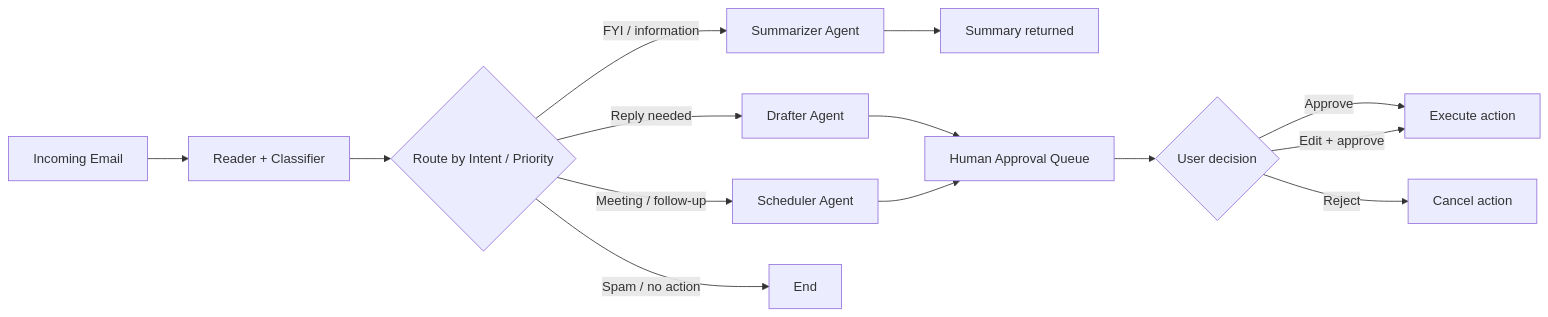
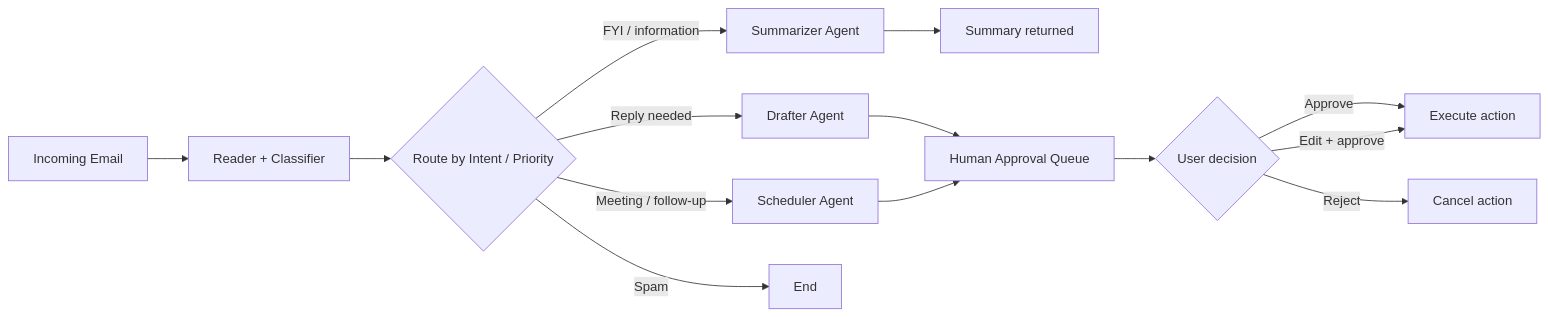
The second of 5 diagrams in docs/architecture.md (ArgirisBaras/betsson_assessment), drawn with Mermaid before and after one commit. The commit also changed other lines of this file, not shown here.

Commit message:
docs: align architecture diagrams with implemented routing

````diff
--- a/docs/architecture.md
+++ b/docs/architecture.md
@@ -96,19 +96,19 @@
 ```mermaid
 flowchart LR
     EMAIL[Incoming Email] --> READER[Reader + Classifier]
     READER --> ROUTE{Route by Intent / Priority}
 
     ROUTE -->|FYI / information| SUM[Summarizer Agent]
     ROUTE -->|Reply needed| DRAFT[Drafter Agent]
     ROUTE -->|Meeting / follow-up| SCHED[Scheduler Agent]
-    ROUTE -->|Spam / no action| END[End]
+    ROUTE -->|Spam| END[End]
 
     SUM --> SUMMARY[Summary returned]
     DRAFT --> APPROVAL[Human Approval Queue]
     SCHED --> APPROVAL
 
     APPROVAL --> DECISION{User decision}
     DECISION -->|Approve| EXECUTE[Execute action]
     DECISION -->|Edit + approve| EXECUTE
     DECISION -->|Reject| CANCEL[Cancel action]
 ```
````
